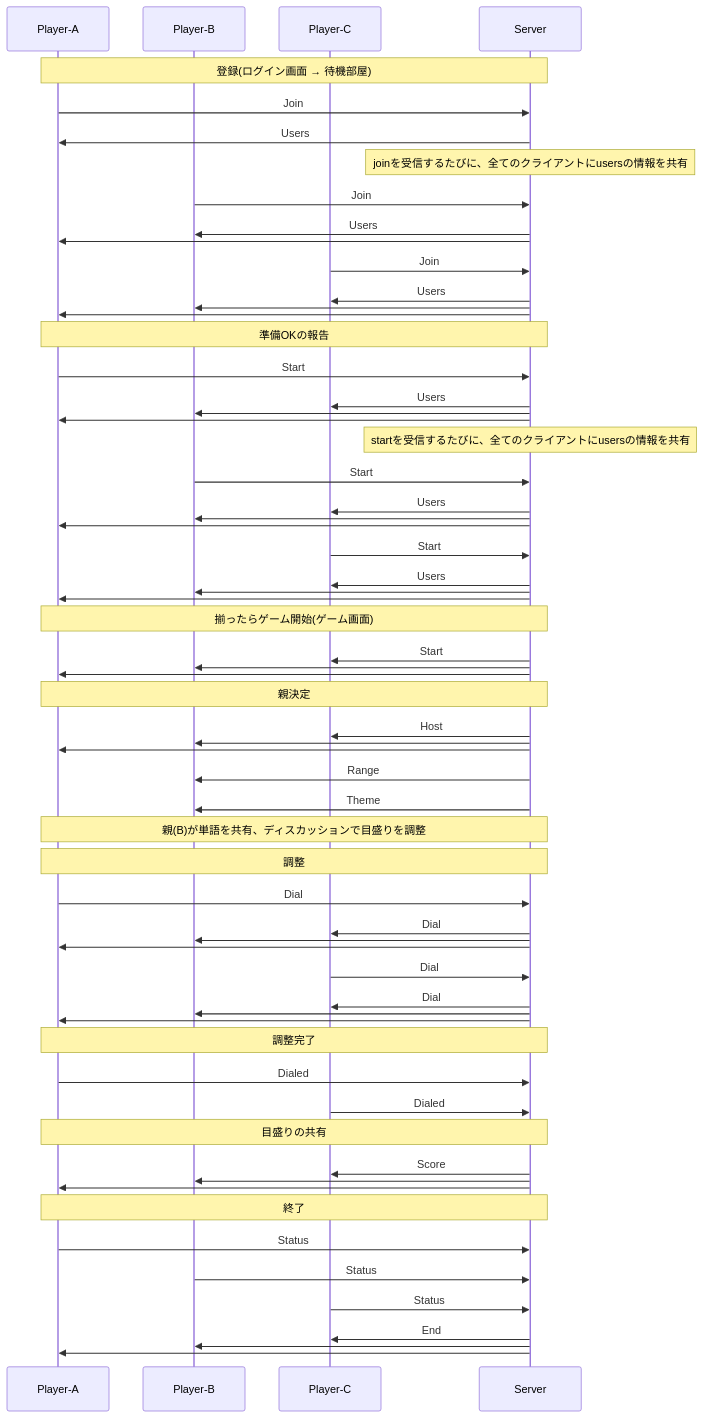
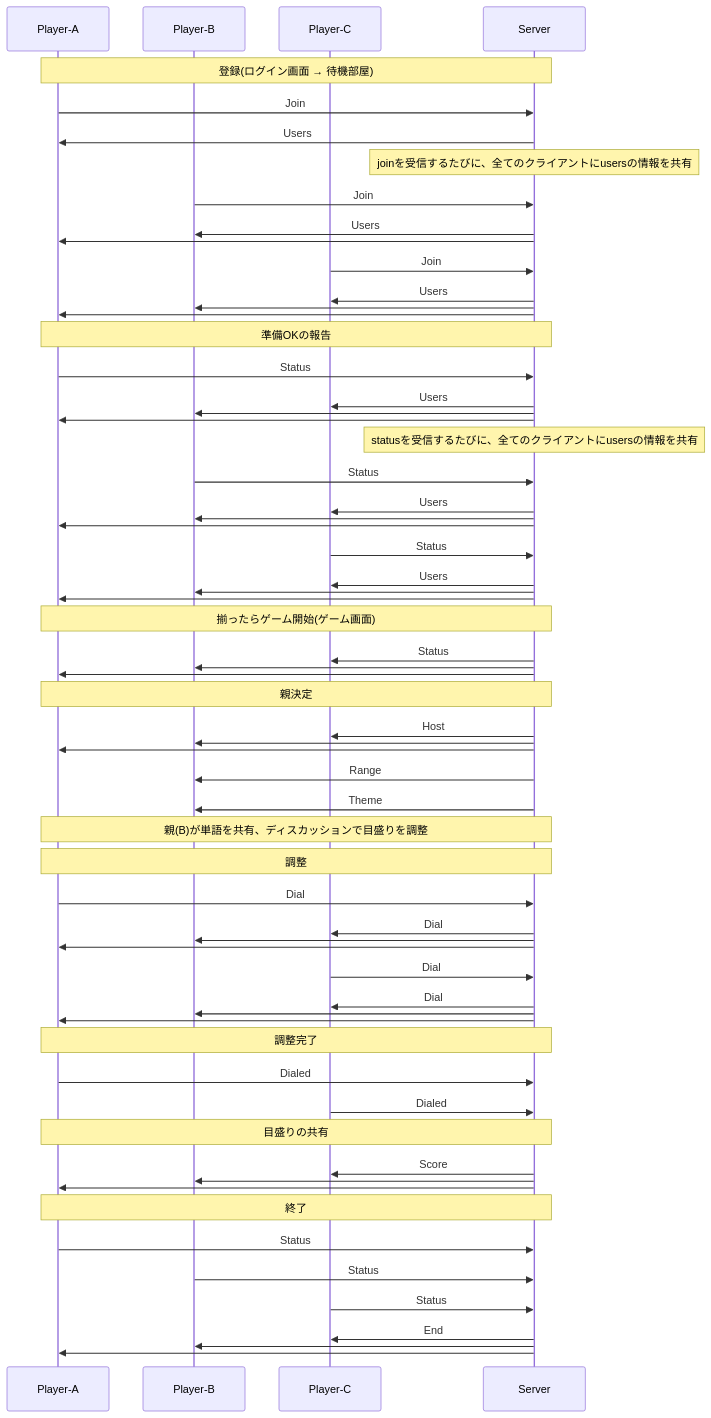
Before and after one commit to we-can-panic/nimgame: the diagram in wavelength/api.md, drawn with Mermaid.

Commit message:
fix clerical error in game flow: start -> status

````diff
--- a/wavelength/api.md
+++ b/wavelength/api.md
@@ -201,67 +201,67 @@
 ```mermaid
 sequenceDiagram
   participant A as Player-A
   participant B as Player-B
   participant C as Player-C
   participant S as Server
   Note over A, S: 登録(ログイン画面 → 待機部屋)
   A ->> S: Join
   S ->> A: Users
   Note over S: joinを受信するたびに、全てのクライアントにusersの情報を共有
   B ->> S: Join
   S ->> B: Users
   S ->> A: 
   C ->> S: Join
   S ->> C: Users
   S ->> B: 
   S ->> A: 
   Note over A, S: 準備OKの報告
-  A ->> S: Start
+  A ->> S: Status
   S ->> C: Users
   S ->> B: 
   S ->> A: 
-  Note over S: startを受信するたびに、全てのクライアントにusersの情報を共有
-  B ->> S: Start
+  Note over S: statusを受信するたびに、全てのクライアントにusersの情報を共有
+  B ->> S: Status
   S ->> C: Users
   S ->> B: 
   S ->> A: 
-  C ->> S: Start
+  C ->> S: Status
   S ->> C: Users
   S ->> B: 
   S ->> A: 
   Note over A, S: 揃ったらゲーム開始(ゲーム画面)
-  S ->> C: Start
+  S ->> C: Status
   S ->> B: 
   S ->> A: 
   Note over A, S: 親決定
   S ->> C: Host
   S ->> B: 
   S ->> A: 
   S ->> B: Range
   S ->> B: Theme
   Note over A, S: 親(B)が単語を共有、ディスカッションで目盛りを調整
   Note over A, S: 調整
   A ->> S: Dial
   S ->> C: Dial
   S ->> B: 
   S ->> A: 
   C ->> S: Dial
   S ->> C: Dial
   S ->> B: 
   S ->> A: 
   Note over A, S: 調整完了
   A ->> S: Dialed
   C ->> S: Dialed
   Note over A, S: 目盛りの共有
   S ->> C: Score
   S ->> B: 
   S ->> A: 
   Note over A, S: 終了
   A ->> S: Status
   B ->> S: Status
   C ->> S: Status
   S ->> C: End
   S ->> B: 
   S ->> A: 
 
 ```
````
